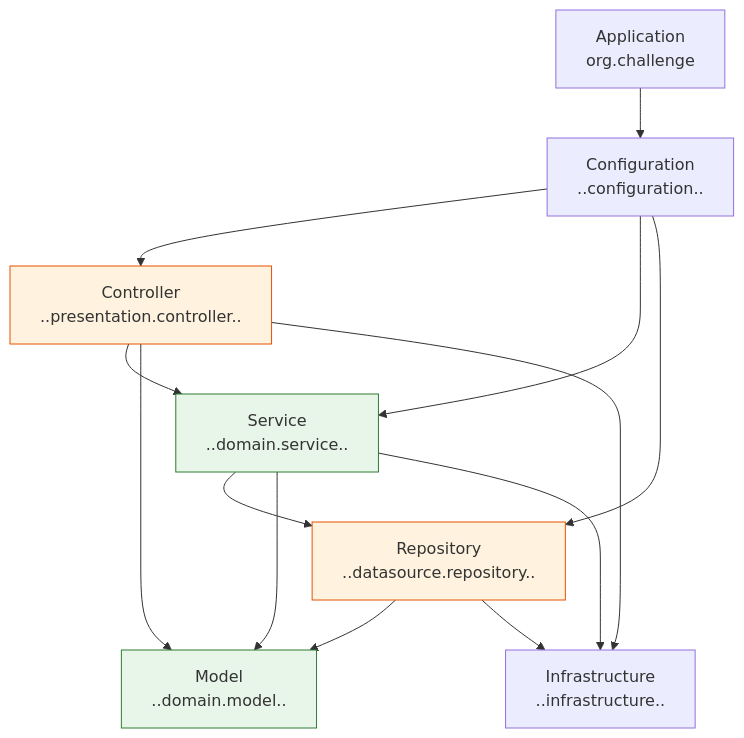
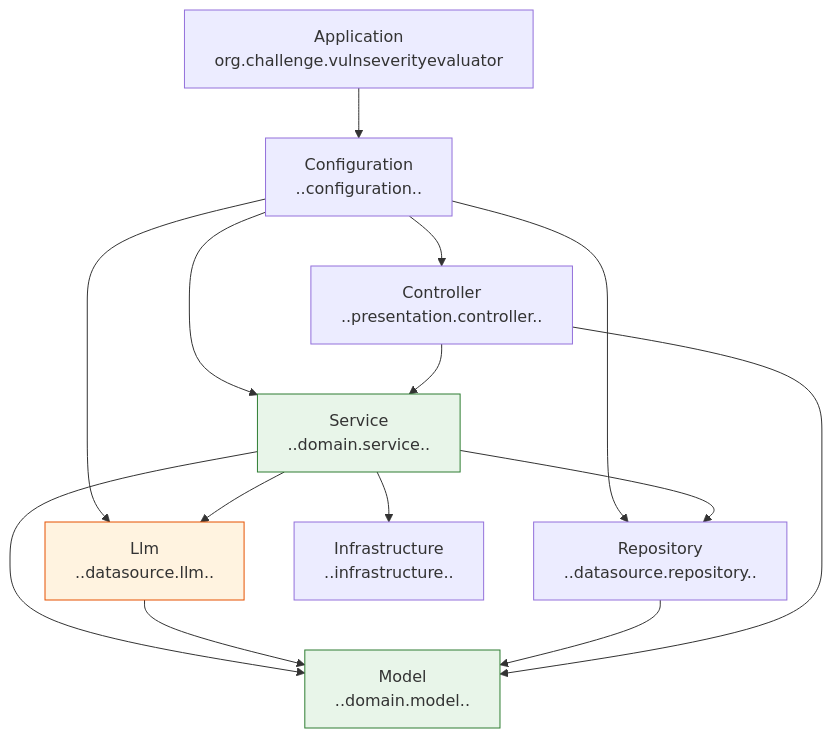
One commit to ssomma/vuln-severity-evaluator changed the diagram in docs/guide/architecture/README.md. Above: the diagram before and after it, drawn with Mermaid. The commit also changed other lines of this file and 78 other files, not shown here.

Commit message:
test: update MethodComplexityTest; feat: initial application flows implementation; doc: add complementary documentation;

````diff
--- a/docs/guide/architecture/README.md
+++ b/docs/guide/architecture/README.md
@@ -47,20 +14,21 @@
 ```mermaid
 graph TD
-    APP["Application<br/>org.challenge"] --> CONFIG["Configuration<br/>..configuration.."]
+    APP["Application<br/>org.challenge.vulnseverityevaluator"] --> CONFIG["Configuration<br/>..configuration.."]
     CONFIG --> CTRL["Controller<br/>..presentation.controller.."]
     CONFIG --> SVC["Service<br/>..domain.service.."]
+    CONFIG --> LLM["Llm<br/>..datasource.llm.."]
     CONFIG --> REPO["Repository<br/>..datasource.repository.."]
     CTRL --> SVC
+    SVC --> LLM
     SVC --> REPO
-    CTRL --> MODEL["Model<br/>..domain.model.."]
-    SVC --> MODEL
+    SVC --> MODEL["Model<br/>..domain.model.."]
+    LLM --> MODEL
     REPO --> MODEL
-    CTRL --> INFRA["Infrastructure<br/>..infrastructure.."]
-    SVC --> INFRA
-    REPO --> INFRA
+    CTRL --> MODEL
+    SVC --> INFRA["Infrastructure<br/>..infrastructure.."]
 
     classDef core fill:#e8f5e9,stroke:#2e7d32;
-    classDef edge fill:#fff3e0,stroke:#e65100;
+    classDef ai fill:#fff3e0,stroke:#e65100;
     class SVC,MODEL core;
-    class CTRL,REPO edge;
+    class LLM ai;
 ```
````
